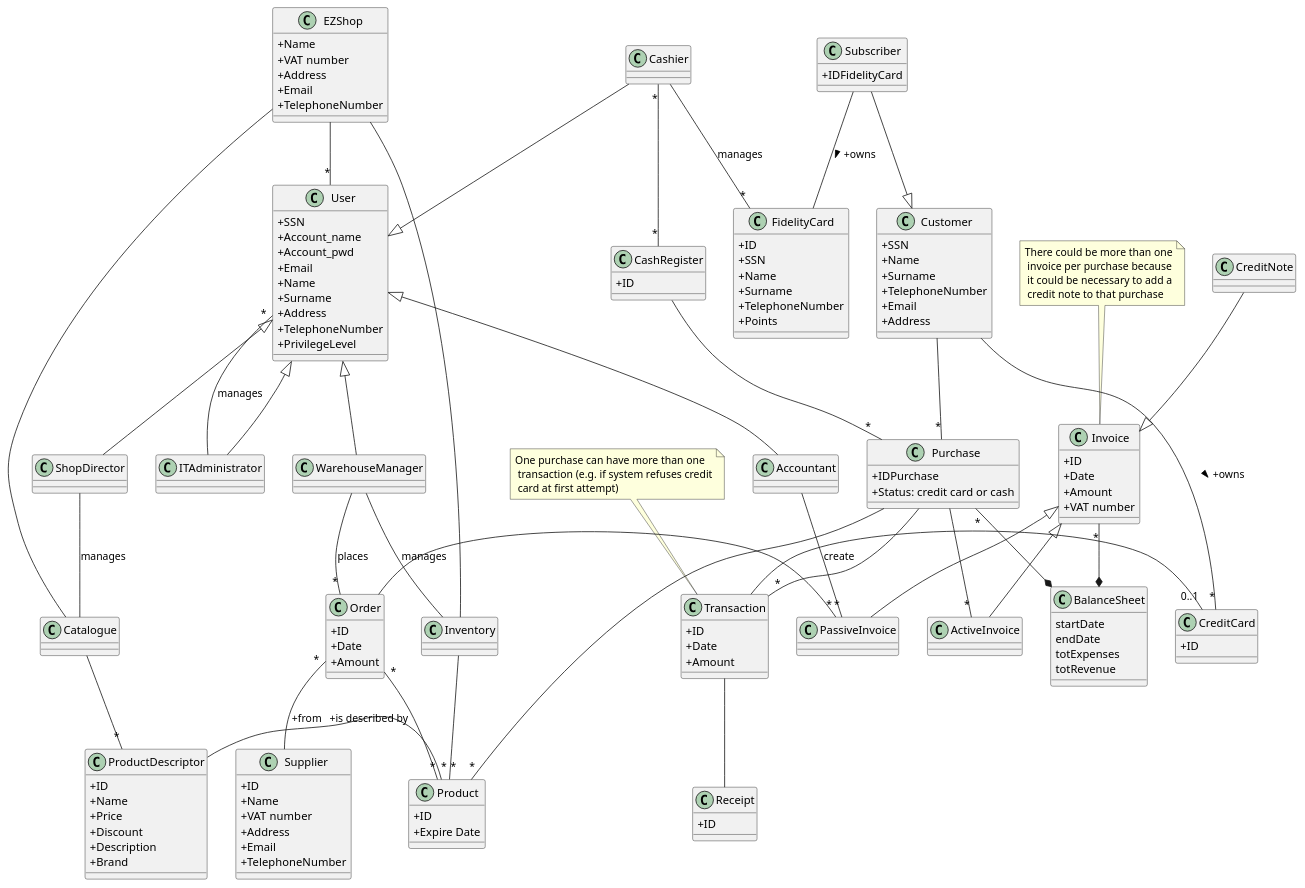
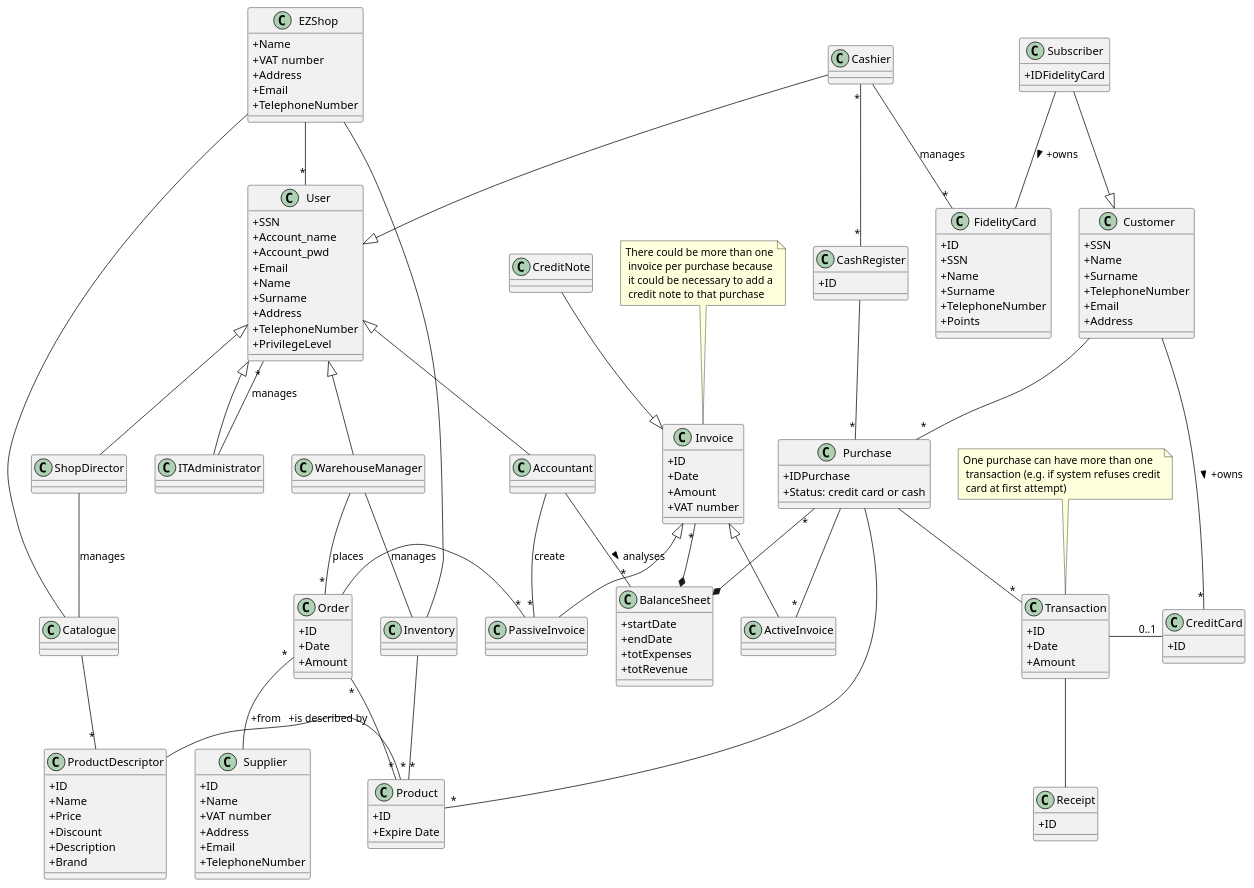
Before and after one commit to Stormz4/group20-EzShop: the tenth of 11 diagrams in Deliverables/RequirementsDocument.md, drawn with PlantUML.

Commit message:
Doc: Modified glossary

```diff
--- a/Deliverables/RequirementsDocument.md
+++ b/Deliverables/RequirementsDocument.md
@@ -781,10 +781,10 @@
  +VAT number 
 }
 class BalanceSheet{
-startDate
-endDate
-totExpenses
-totRevenue
++startDate
++endDate
++totExpenses
++totRevenue
 }
 class CashRegister{
  +ID
@@ -832,6 +832,7 @@
 
 Invoice "*" --* BalanceSheet
 Purchase "*" --* BalanceSheet
+Accountant -- "*" BalanceSheet : analyses >
 
 EZShop -right- Catalogue
 EZShop -right- Inventory
```
